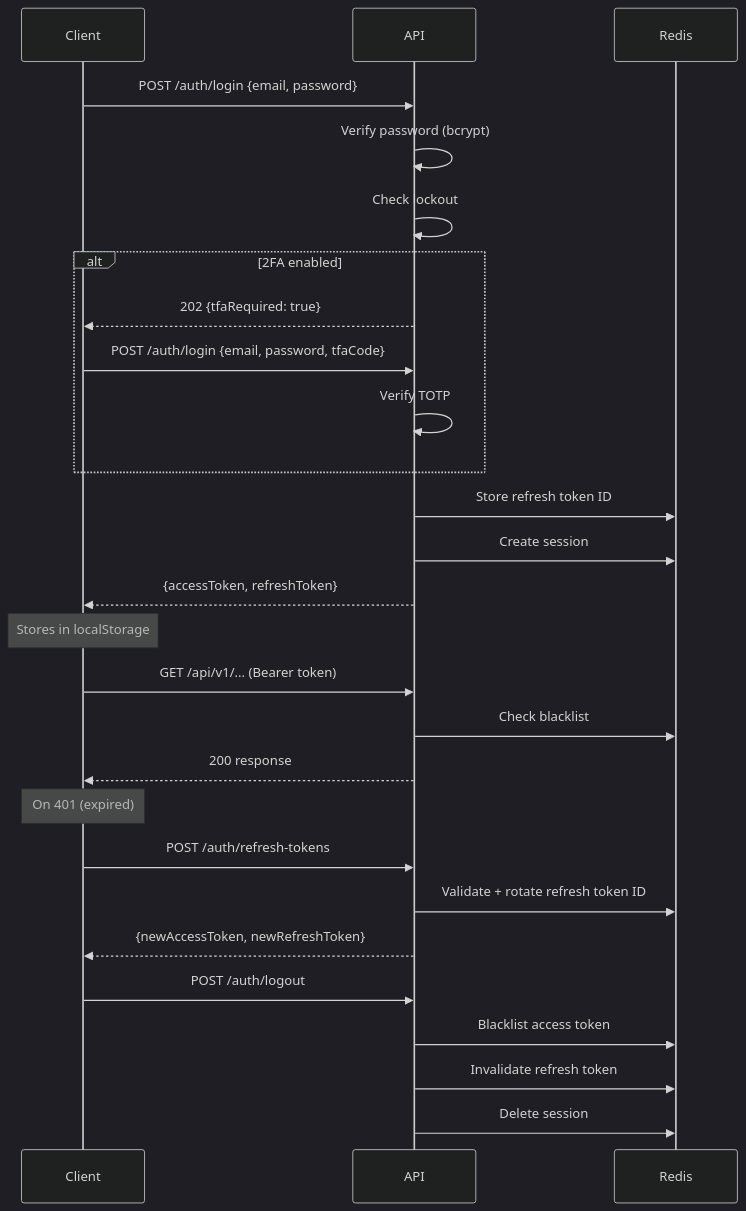
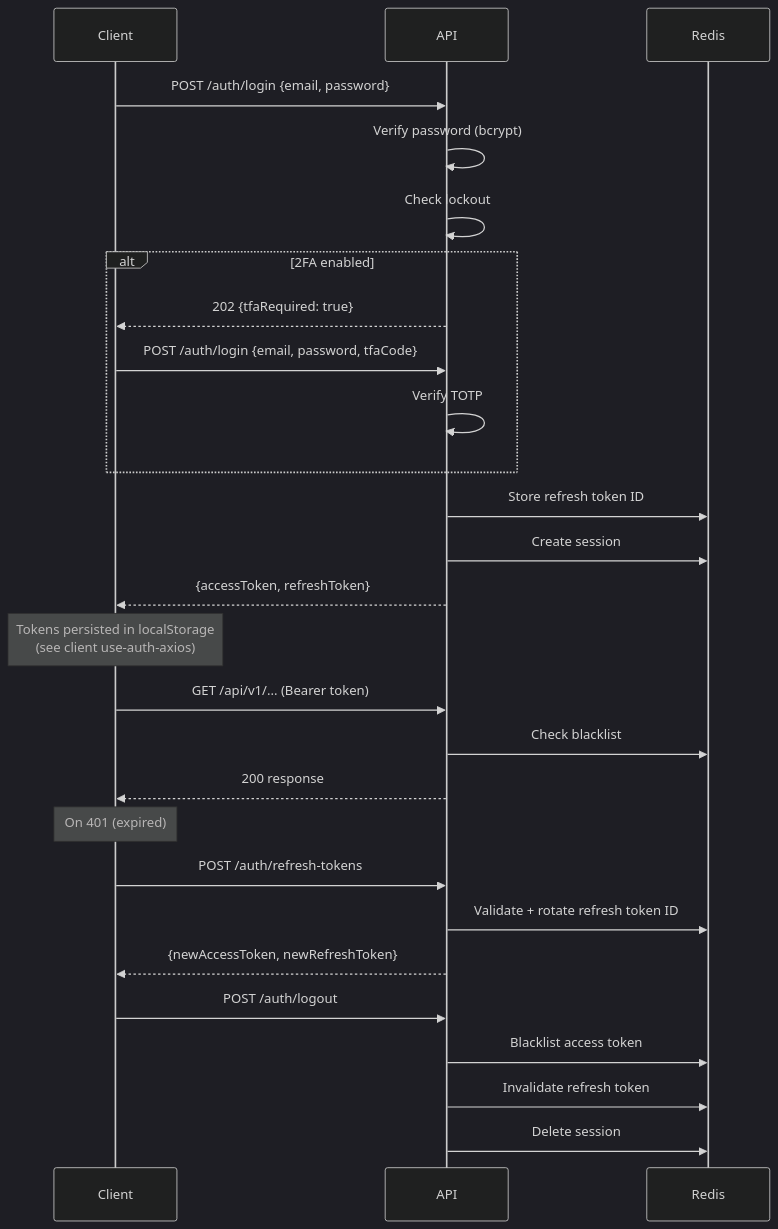
One commit to dhis2/certification-app changed the fifth of 8 diagrams in docs/architecture.md. Above: the diagram before and after it, drawn with Mermaid (dark theme). The commit also changed other lines of this file and 135 other files, not shown here.

````diff
--- a/docs/architecture.md
+++ b/docs/architecture.md
@@ -131,37 +149,37 @@
 ```mermaid
 sequenceDiagram
     participant C as Client
     participant A as API
     participant R as Redis
 
     C->>A: POST /auth/login {email, password}
     A->>A: Verify password (bcrypt)
     A->>A: Check lockout
 
     alt 2FA enabled
         A-->>C: 202 {tfaRequired: true}
         C->>A: POST /auth/login {email, password, tfaCode}
         A->>A: Verify TOTP
     end
 
     A->>R: Store refresh token ID
     A->>R: Create session
     A-->>C: {accessToken, refreshToken}
 
-    Note over C: Stores in localStorage
+    Note over C: Tokens persisted in localStorage<br/>(see client use-auth-axios)
 
     C->>A: GET /api/v1/... (Bearer token)
     A->>R: Check blacklist
     A-->>C: 200 response
 
     Note over C: On 401 (expired)
 
     C->>A: POST /auth/refresh-tokens
     A->>R: Validate + rotate refresh token ID
     A-->>C: {newAccessToken, newRefreshToken}
 
     C->>A: POST /auth/logout
     A->>R: Blacklist access token
     A->>R: Invalidate refresh token
     A->>R: Delete session
 ```
````
